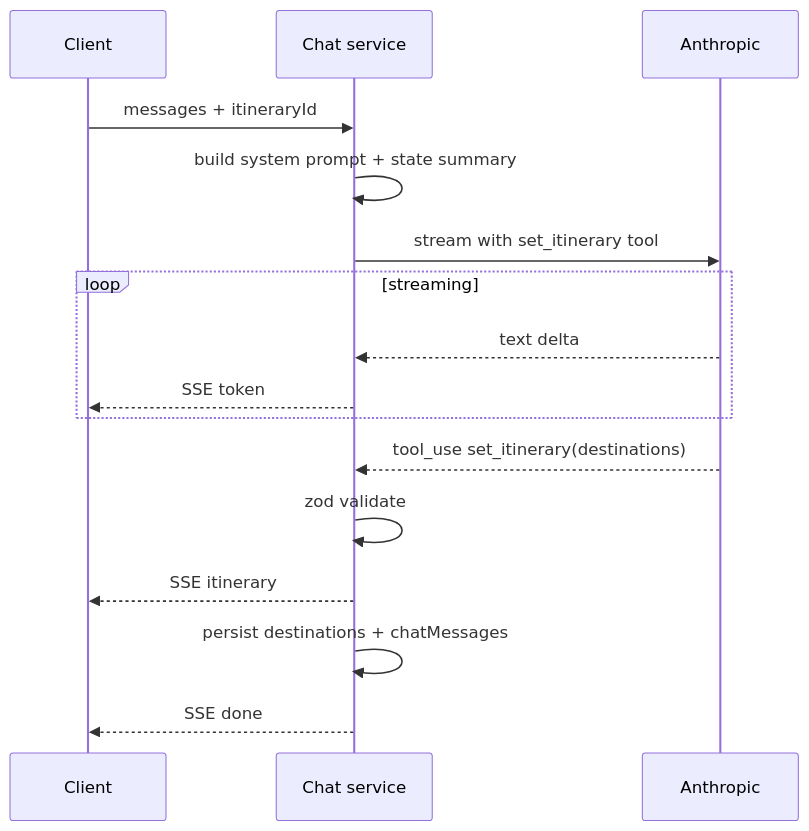
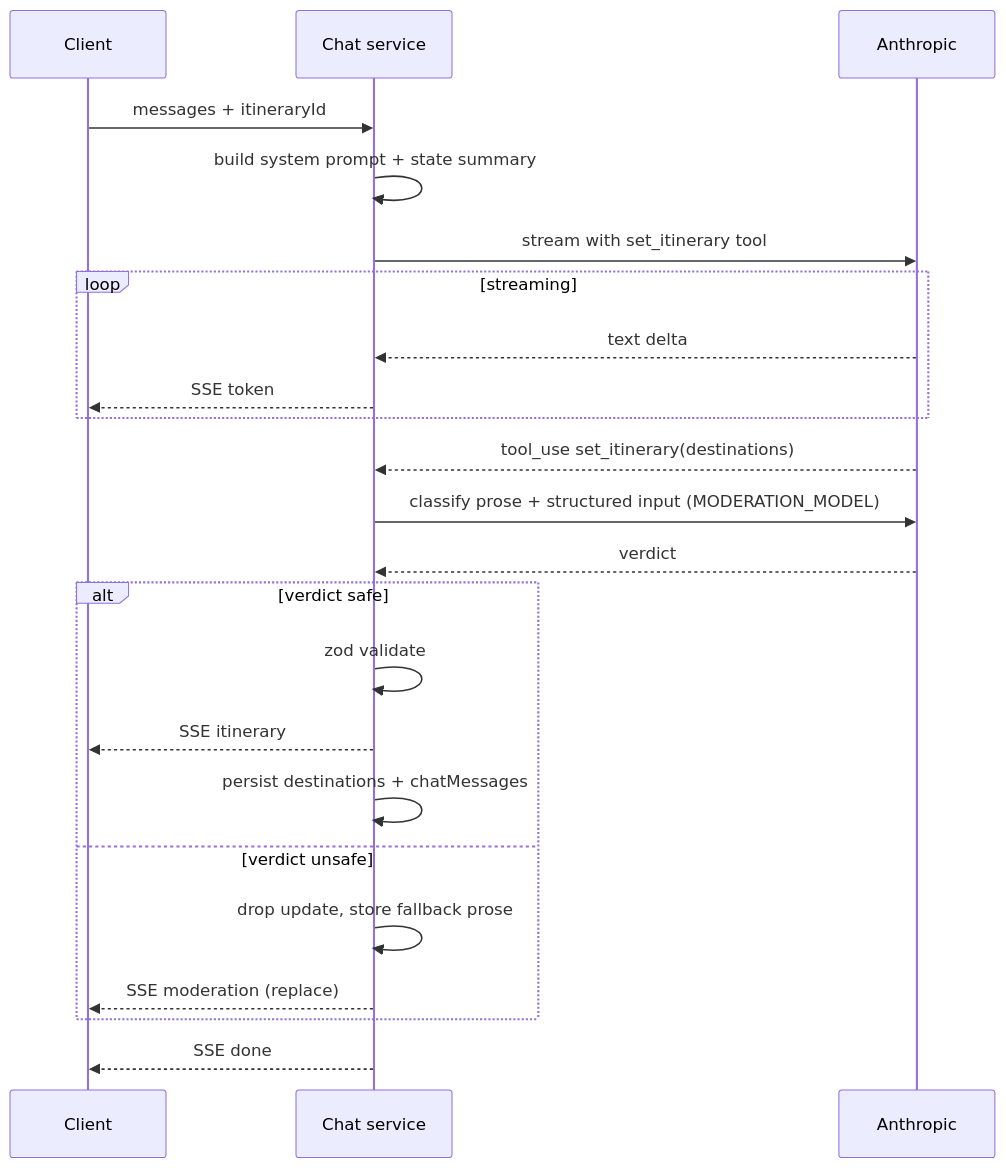
One commit to justinmwatts/travel-itinerary-builder changed the fourth of 6 diagrams in design.md. Above: the diagram before and after it, drawn with Mermaid. The commit also changed other lines of this file and 1 other file, not shown here.

````diff
--- a/design.md
+++ b/design.md
@@ -326,18 +370,25 @@
 ```mermaid
 sequenceDiagram
     participant C as Client
     participant S as Chat service
     participant M as Anthropic
     C->>S: messages + itineraryId
     S->>S: build system prompt + state summary
     S->>M: stream with set_itinerary tool
     loop streaming
         M-->>S: text delta
         S-->>C: SSE token
     end
     M-->>S: tool_use set_itinerary(destinations)
-    S->>S: zod validate
-    S-->>C: SSE itinerary
-    S->>S: persist destinations + chatMessages
+    S->>M: classify prose + structured input (MODERATION_MODEL)
+    M-->>S: verdict
+    alt verdict safe
+        S->>S: zod validate
+        S-->>C: SSE itinerary
+        S->>S: persist destinations + chatMessages
+    else verdict unsafe
+        S->>S: drop update, store fallback prose
+        S-->>C: SSE moderation (replace)
+    end
     S-->>C: SSE done
 ```
````
